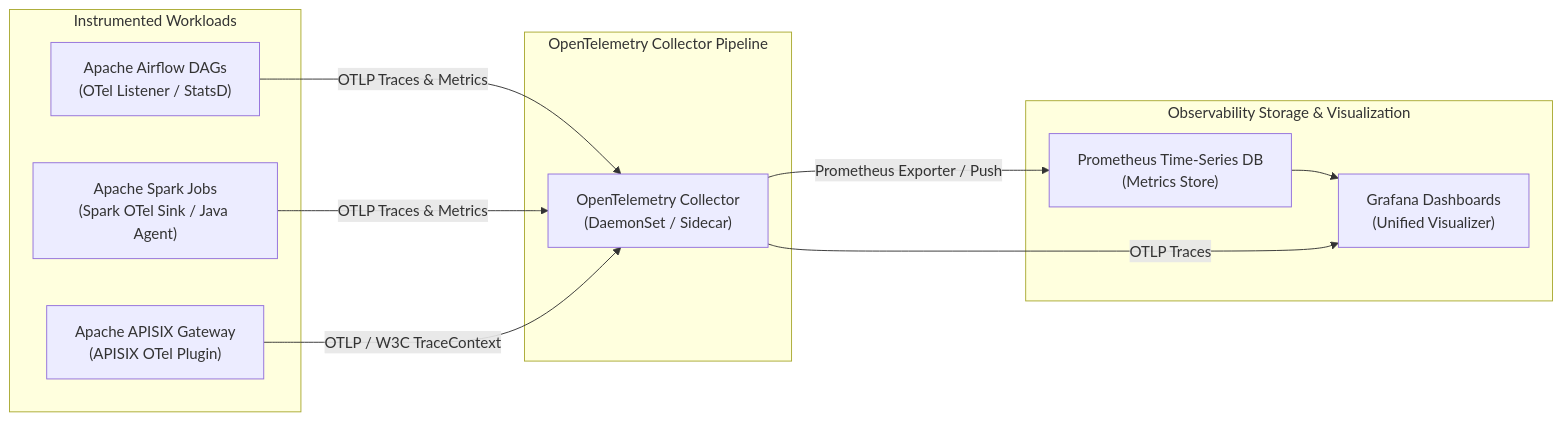
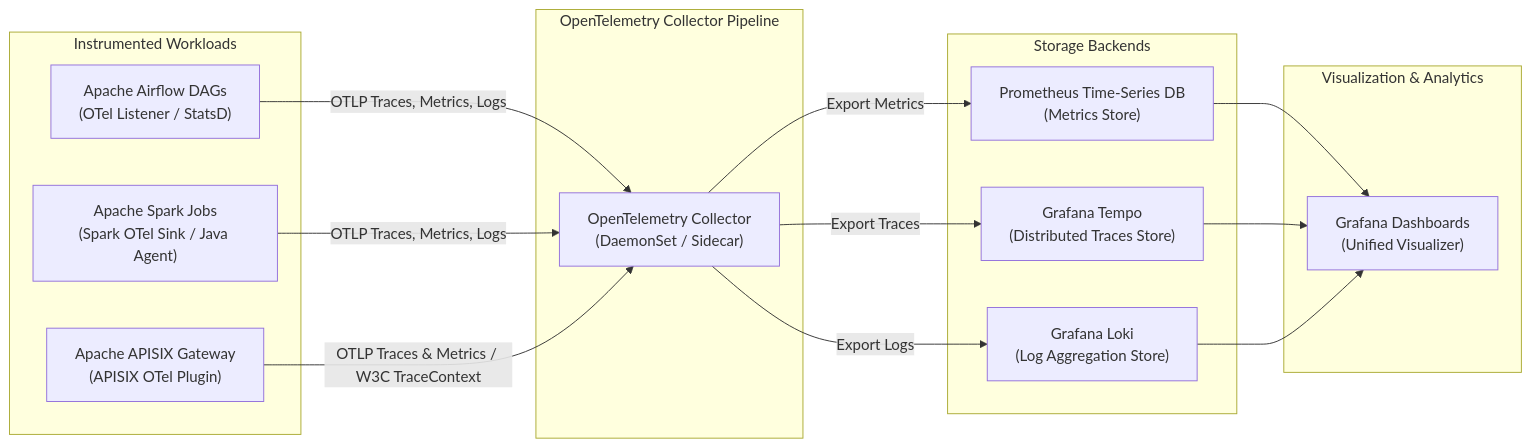
The third of 3 diagrams in docs/reference/next-technology-roadmap-stack.md (linuxmalaysia/bda-ai-infra), drawn with Mermaid before and after one commit. The commit also changed other lines of this file and 18 other files, not shown here.

First line of the commit message:
refactor: address review feedback for Next Tech Roadmap Stack

````diff
--- a/docs/reference/next-technology-roadmap-stack.md
+++ b/docs/reference/next-technology-roadmap-stack.md
@@ -156,25 +156,34 @@
 ```mermaid
 flowchart LR
     subgraph Workloads ["Instrumented Workloads"]
         Airflow["Apache Airflow DAGs<br/>(OTel Listener / StatsD)"]
         Spark["Apache Spark Jobs<br/>(Spark OTel Sink / Java Agent)"]
         APISIX["Apache APISIX Gateway<br/>(APISIX OTel Plugin)"]
     end
 
     subgraph OTelCollectorLayer ["OpenTelemetry Collector Pipeline"]
         OTelCollector["OpenTelemetry Collector<br/>(DaemonSet / Sidecar)"]
     end
 
-    subgraph StorageAndVis ["Observability Storage & Visualization"]
+    subgraph StorageBackends ["Storage Backends"]
         Prometheus["Prometheus Time-Series DB<br/>(Metrics Store)"]
+        Tempo["Grafana Tempo<br/>(Distributed Traces Store)"]
+        Loki["Grafana Loki<br/>(Log Aggregation Store)"]
+    end
+
+    subgraph VisualizationLayer ["Visualization & Analytics"]
         Grafana["Grafana Dashboards<br/>(Unified Visualizer)"]
     end
 
-    Airflow -->|OTLP Traces & Metrics| OTelCollector
-    Spark -->|OTLP Traces & Metrics| OTelCollector
-    APISIX -->|OTLP / W3C TraceContext| OTelCollector
+    Airflow -->|OTLP Traces, Metrics, Logs| OTelCollector
+    Spark -->|OTLP Traces, Metrics, Logs| OTelCollector
+    APISIX -->|OTLP Traces & Metrics / W3C TraceContext| OTelCollector
 
-    OTelCollector -->|Prometheus Exporter / Push| Prometheus
+    OTelCollector -->|Export Metrics| Prometheus
+    OTelCollector -->|Export Traces| Tempo
+    OTelCollector -->|Export Logs| Loki
+
     Prometheus --> Grafana
-    OTelCollector -->|OTLP Traces| Grafana
+    Tempo --> Grafana
+    Loki --> Grafana
 ```
````
